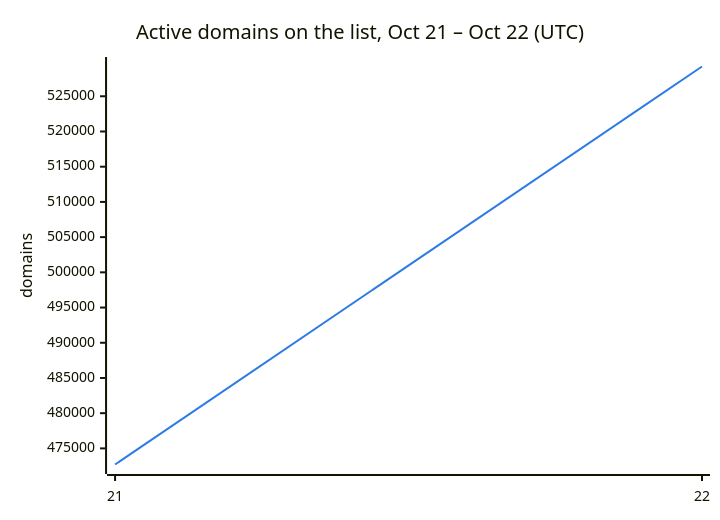
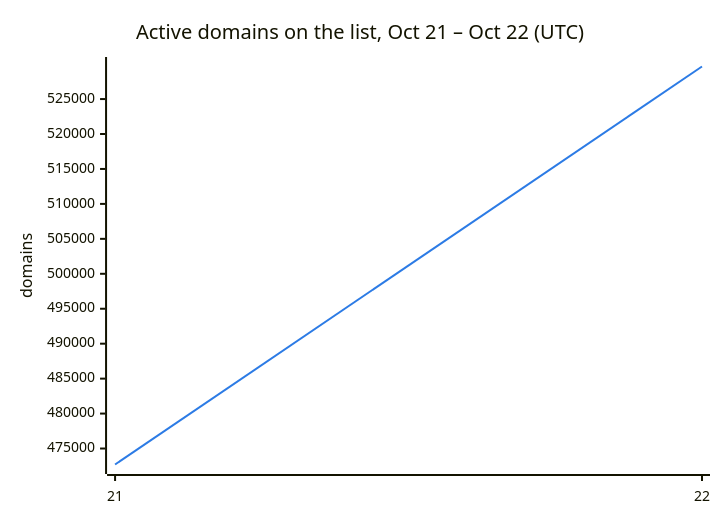
Before and after one commit to DNSBunker/CTI: the second of 3 diagrams in README.md, drawn with Mermaid. The commit also changed other lines of this file and 3 other files, not shown here.

````diff
--- a/README.md
+++ b/README.md
@@ -38,8 +38,8 @@
 ```mermaid
 %%{init: {"themeVariables": {"xyChart": {"plotColorPalette": "#2c7be5"}}}}%%
 xychart-beta
     title "Active domains on the list, Oct 21 – Oct 22 (UTC)"
     x-axis ["21", "22"]
     y-axis "domains"
-    line [472713, 529228]
+    line [472713, 529659]
 ```
````
